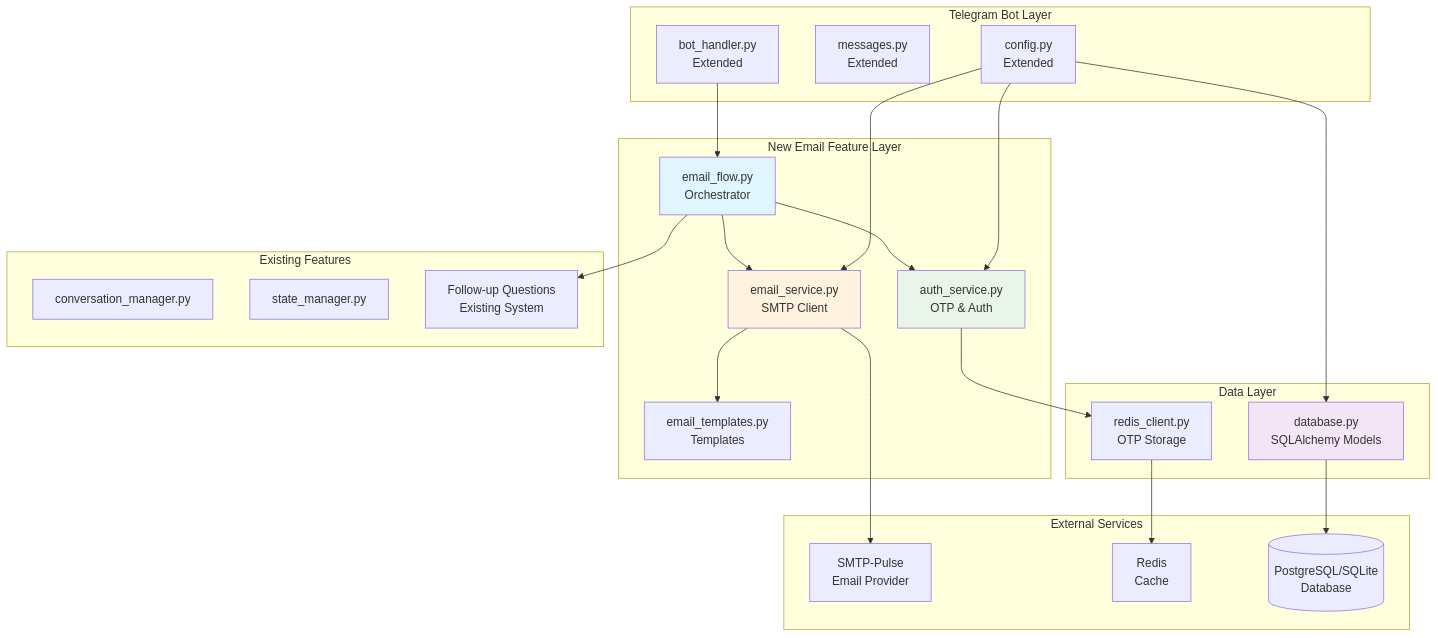
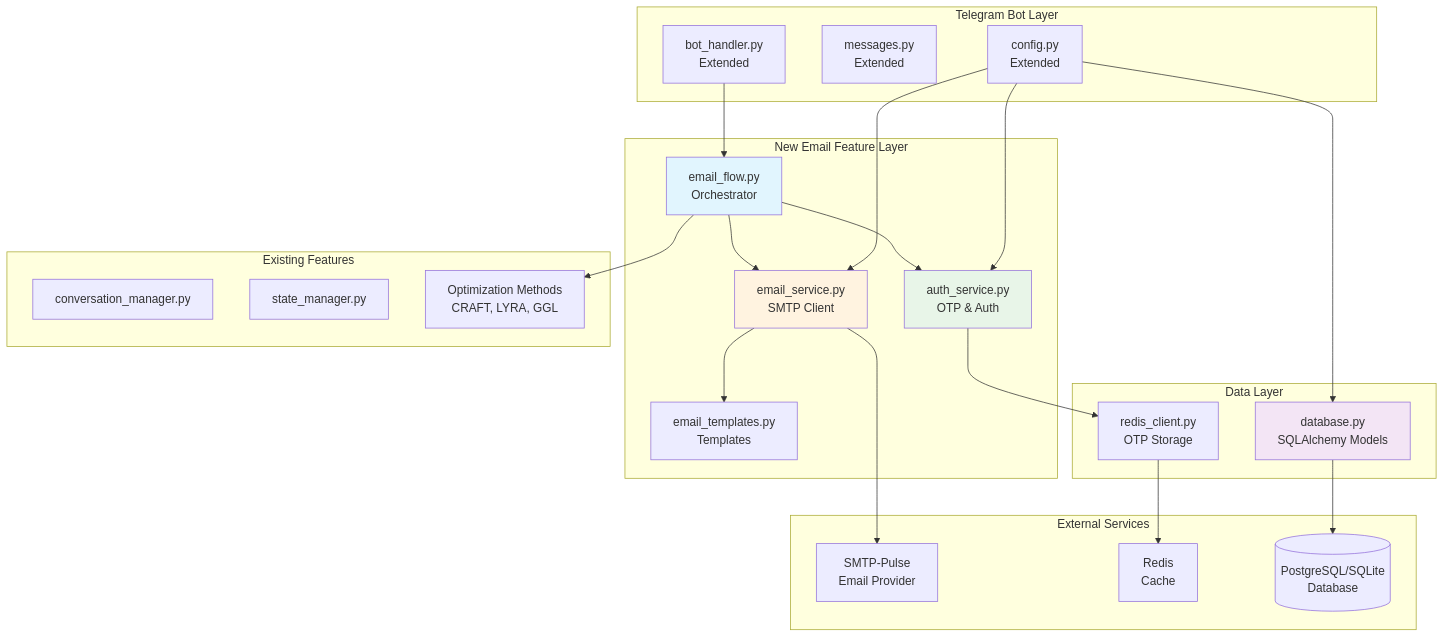
One commit to gushinets/PromptEngineerBot changed the diagram in .kiro/specs/email-prompt-delivery/design.md. Above: the diagram before and after it, drawn with Mermaid. The commit also changed other lines of this file and 14 other files, not shown here.

````diff
--- a/.kiro/specs/email-prompt-delivery/design.md
+++ b/.kiro/specs/email-prompt-delivery/design.md
@@ -51,50 +51,50 @@
 ```mermaid
 graph TB
     subgraph "Telegram Bot Layer"
         BH[bot_handler.py<br/>Extended]
         MSG[messages.py<br/>Extended]
         CFG[config.py<br/>Extended]
     end
     
     subgraph "New Email Feature Layer"
         EF[email_flow.py<br/>Orchestrator]
         AS[auth_service.py<br/>OTP & Auth]
         ES[email_service.py<br/>SMTP Client]
         ET[email_templates.py<br/>Templates]
     end
     
     subgraph "Data Layer"
         DB[database.py<br/>SQLAlchemy Models]
         RC[redis_client.py<br/>OTP Storage]
     end
     
     subgraph "External Services"
         SMTP[SMTP-Pulse<br/>Email Provider]
         REDIS[Redis<br/>Cache]
         PGDB[(PostgreSQL/SQLite<br/>Database)]
     end
     
     subgraph "Existing Features"
         CM[conversation_manager.py]
         SM[state_manager.py]
-        FQ[Follow-up Questions<br/>Existing System]
+        OPT[Optimization Methods<br/>CRAFT, LYRA, GGL]
     end
     
     BH --> EF
     EF --> AS
     EF --> ES
-    EF --> FQ
+    EF --> OPT
     AS --> RC
     ES --> ET
     ES --> SMTP
     RC --> REDIS
     DB --> PGDB
     CFG --> AS
     CFG --> ES
     CFG --> DB
     
     style EF fill:#e1f5fe
     style AS fill:#e8f5e8
     style ES fill:#fff3e0
     style DB fill:#f3e5f5
 ```
````
